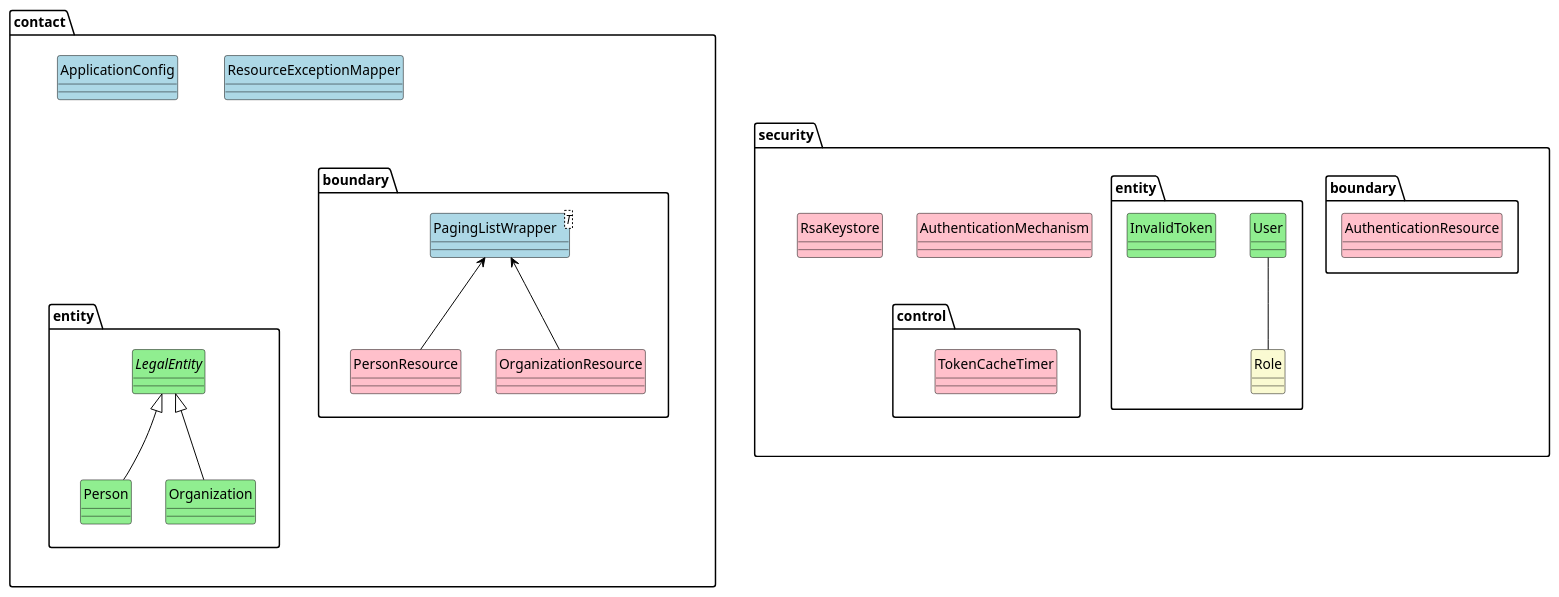
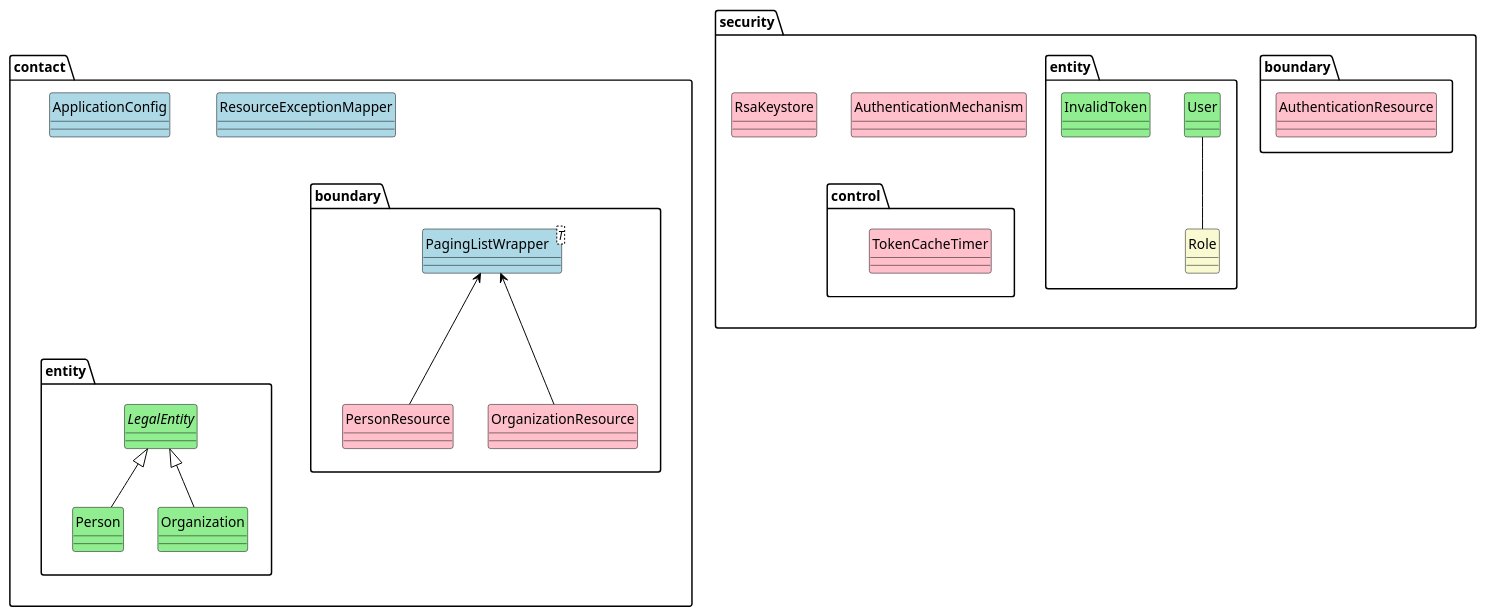
The diagram in diagrams/overview.puml (nderwin/lee7), drawn with PlantUML before and after one commit.

Commit message:
- diagram formatting

```diff
--- a/diagrams/overview.puml
+++ b/diagrams/overview.puml
@@ -1,70 +1,68 @@
 @startuml
 
 hide circle
 hide stereotype
 
 skinparam class {
     ArrowColor black
     BackgroundColor white
     BackgroundColor<<Description>> lightblue
     BackgroundColor<<MomentInterval>> pink
     BackgroundColor<<Role>> lightgoldenrodyellow
     BackgroundColor<<PersonPlaceThing>> lightgreen
     BorderColor black
 }
 
 namespace contact {
     class ApplicationConfig<<Description>>
     class ResourceExceptionMapper<<Description>>
 
     ResourceExceptionMapper -[hidden]left- ApplicationConfig
     entity -[hidden]up- ApplicationConfig
     boundary -[hidden]up- ResourceExceptionMapper
     
     namespace boundary {
         class PersonResource<<MomentInterval>>
         class OrganizationResource<<MomentInterval>>
         class PagingListWrapper<T><<Description>>
 
         PagingListWrapper <-- PersonResource
         PagingListWrapper <-- OrganizationResource
     }
 
     namespace entity {
         abstract class LegalEntity<<PersonPlaceThing>>
         class Person<<PersonPlaceThing>>
         class Organization<<PersonPlaceThing>>
 
         LegalEntity <|-- Person
         LegalEntity <|-- Organization
     }
 }
 
 namespace security {
     class AuthenticationMechanism<<MomentInterval>>
     class RsaKeystore<<MomentInterval>>
 
     control -[hidden]up- AuthenticationMechanism
     boundary -[hidden]up- AuthenticationMechanism
     entity -[hidden]up- boundary
 
     namespace boundary {
         class AuthenticationResource<<MomentInterval>>
     }
 
     namespace control {
         class TokenCacheTimer<<MomentInterval>>
     }
 
     namespace entity {
         class Role<<Role>>
         class User<<PersonPlaceThing>>
         class InvalidToken<<PersonPlaceThing>>
 
         User -- Role
     }
 }
 
-contact -[hidden]- security
-
 @enduml
```
